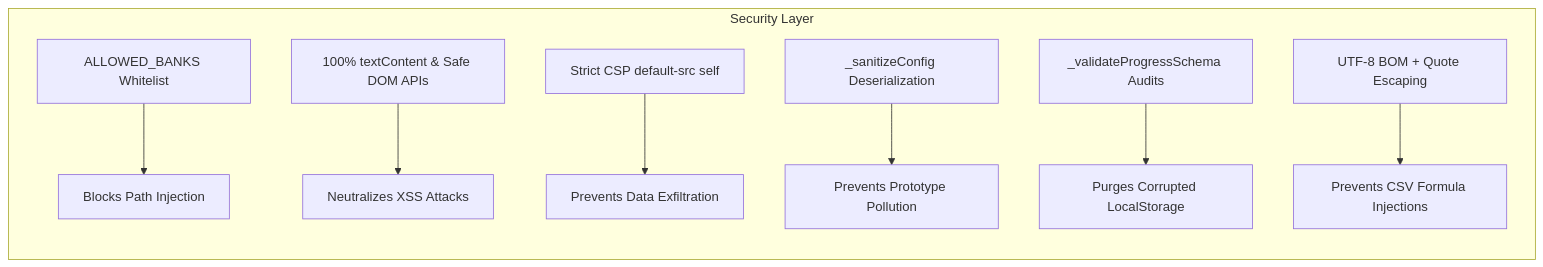
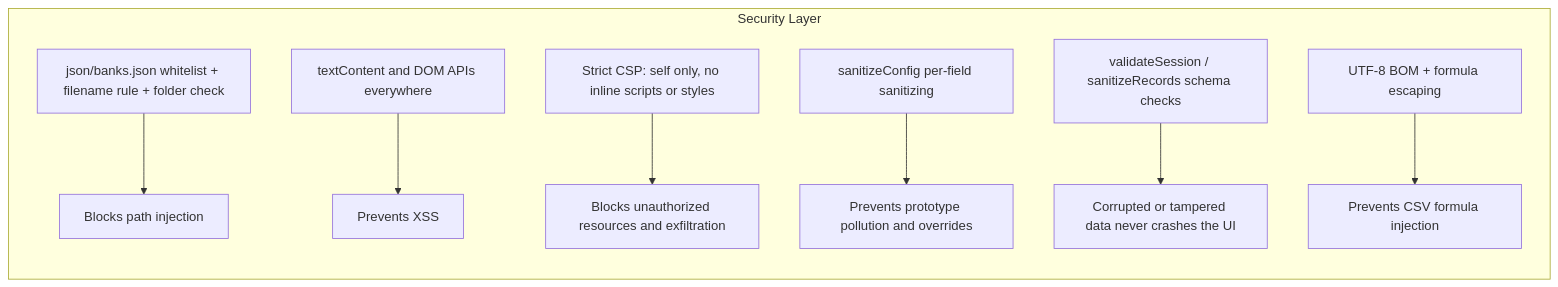
Before and after one commit to Scorpio-meow/Examination-System: the second of 2 diagrams in README.en.md, drawn with Mermaid. The commit also changed other lines of this file and 49 other files, not shown here.

````diff
--- a/README.en.md
+++ b/README.en.md
@@ -315,11 +357,11 @@
 ```mermaid
 graph LR
     subgraph Defenses [Security Layer]
-        D1[ALLOWED_BANKS Whitelist] --> S1[Blocks Path Injection]
-        D2[100% textContent & Safe DOM APIs] --> S2[Neutralizes XSS Attacks]
-        D3[Strict CSP default-src self] --> S3[Prevents Data Exfiltration]
-        D4[_sanitizeConfig Deserialization] --> S4[Prevents Prototype Pollution]
-        D5[_validateProgressSchema Audits] --> S5[Purges Corrupted LocalStorage]
-        D6[UTF-8 BOM + Quote Escaping] --> S6[Prevents CSV Formula Injections]
+        D1[json/banks.json whitelist + filename rule + folder check] --> S1[Blocks path injection]
+        D2[textContent and DOM APIs everywhere] --> S2[Prevents XSS]
+        D3[Strict CSP: self only, no inline scripts or styles] --> S3[Blocks unauthorized resources and exfiltration]
+        D4[sanitizeConfig per-field sanitizing] --> S4[Prevents prototype pollution and overrides]
+        D5[validateSession / sanitizeRecords schema checks] --> S5[Corrupted or tampered data never crashes the UI]
+        D6[UTF-8 BOM + formula escaping] --> S6[Prevents CSV formula injection]
     end
 ```
````
